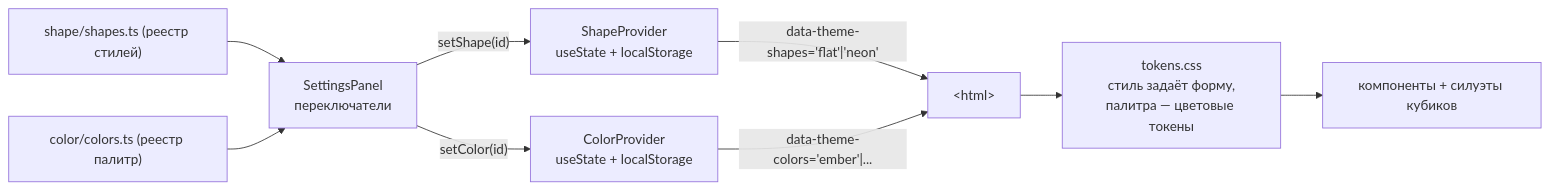
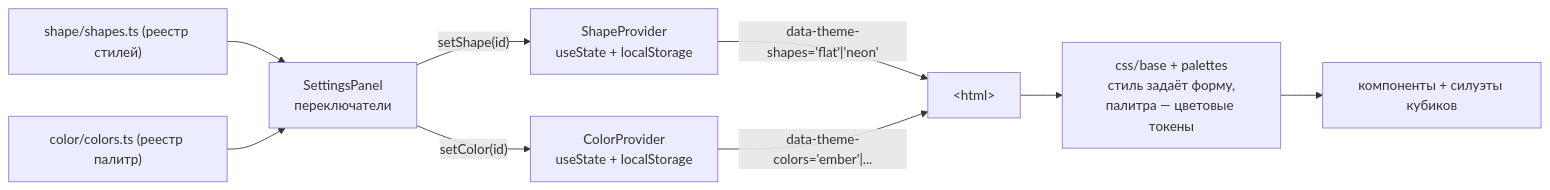
Before and after one commit to Demonkratiy/DnD-Dice-Roll: the diagram in dev-wiki/theming.md, drawn with Mermaid. The commit also changed other lines of this file and 18 other files, not shown here.

````diff
--- a/dev-wiki/theming.md
+++ b/dev-wiki/theming.md
@@ -20,11 +20,11 @@
 ```mermaid
 flowchart LR
     Style["ShapeProvider<br/>useState + localStorage"] -->|"data-theme-shapes='flat'|'neon'"| HTML["&lt;html&gt;"]
     Color["ColorProvider<br/>useState + localStorage"] -->|"data-theme-colors='ember'|..."| HTML
-    HTML --> Tokens["tokens.css<br/>стиль задаёт форму,<br/>палитра — цветовые токены"]
+    HTML --> Tokens["css/base + palettes<br/>стиль задаёт форму,<br/>палитра — цветовые токены"]
     Tokens --> UI["компоненты + силуэты кубиков"]
     Shapes["shape/shapes.ts (реестр стилей)"] --> Settings["SettingsPanel<br/>переключатели"]
     Colors["color/colors.ts (реестр палитр)"] --> Settings
     Settings -->|"setShape(id)"| Style
     Settings -->|"setColor(id)"| Color
 ```
````
